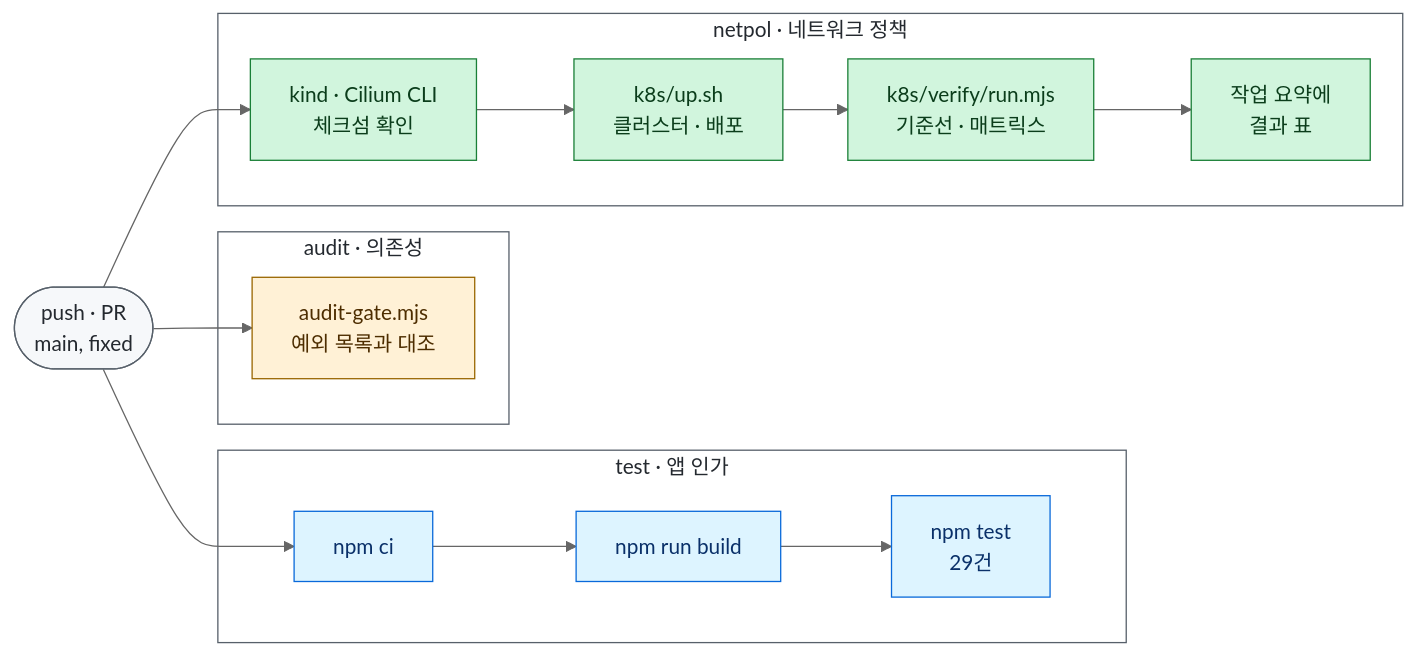
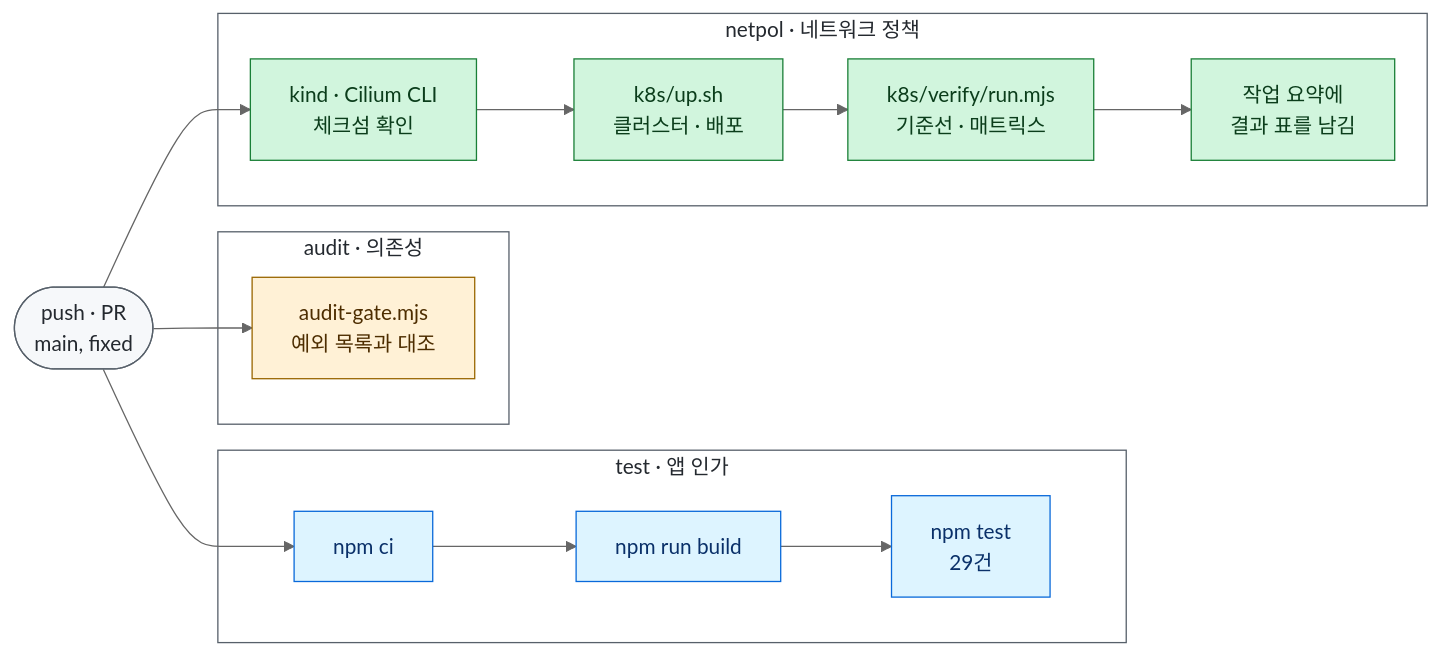
One commit to loquemedalagana/secure-enroll-demo changed the diagram in docs/ci-hardening.md. Above: the diagram before and after it, drawn with Mermaid (neutral theme).

Commit message:
docs: ci-hardening.md 그림의 '작업 요약에 결과 표'에 서술어를 붙임
그림 위의 표가 쓰는 '결과 표는 작업 요약에 남김'에 맞췄다.

````diff
--- a/docs/ci-hardening.md
+++ b/docs/ci-hardening.md
@@ -14,30 +14,30 @@
 ```mermaid
 flowchart LR
   trig(["push · PR<br/>main, fixed"])
 
   subgraph test["test · 앱 인가"]
     t1["npm ci"] --> t2["npm run build"] --> t3["npm test<br/>29건"]
   end
   subgraph audit["audit · 의존성"]
     a1["audit-gate.mjs<br/>예외 목록과 대조"]
   end
   subgraph netpol["netpol · 네트워크 정책"]
-    n1["kind · Cilium CLI<br/>체크섬 확인"] --> n2["k8s/up.sh<br/>클러스터 · 배포"] --> n3["k8s/verify/run.mjs<br/>기준선 · 매트릭스"] --> n4["작업 요약에<br/>결과 표"]
+    n1["kind · Cilium CLI<br/>체크섬 확인"] --> n2["k8s/up.sh<br/>클러스터 · 배포"] --> n3["k8s/verify/run.mjs<br/>기준선 · 매트릭스"] --> n4["작업 요약에<br/>결과 표를 남김"]
   end
 
   trig --> t1
   trig --> a1
   trig --> n1
 
   classDef app fill:#ddf4ff,stroke:#0969da,color:#0a3069
   classDef supply fill:#fff1d6,stroke:#9a6700,color:#4d2d00
   classDef net fill:#d1f5dd,stroke:#1a7f37,color:#0b3d1b
   classDef neutral fill:#f6f8fa,stroke:#57606a,color:#24292f
   class t1,t2,t3 app
   class a1 supply
   class n1,n2,n3,n4 net
   class trig neutral
   style test fill:#ffffff,stroke:#57606a,color:#24292f
   style audit fill:#ffffff,stroke:#57606a,color:#24292f
   style netpol fill:#ffffff,stroke:#57606a,color:#24292f
 ```
````
